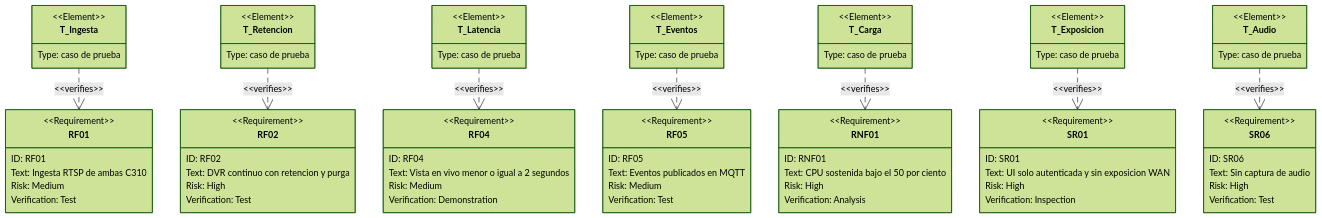
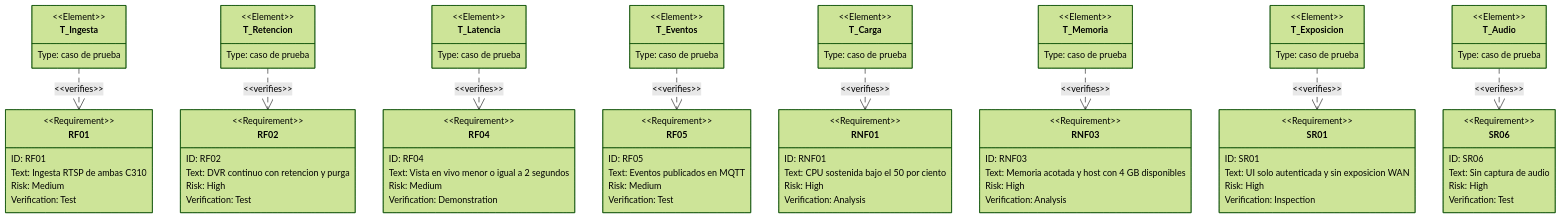
Before and after one commit to higerotech/fenrir: the second of 2 diagrams in docs/04-testing/test-plan.md, drawn with Mermaid (forest theme). The commit also changed other lines of this file and 8 other files, not shown here.

````diff
--- a/docs/04-testing/test-plan.md
+++ b/docs/04-testing/test-plan.md
@@ -90,6 +90,12 @@
       risk: high
       verifymethod: analysis
     }
+    requirement RNF03 {
+      id: RNF03
+      text: Memoria acotada y host con 4 GB disponibles
+      risk: high
+      verifymethod: analysis
+    }
     requirement SR01 {
       id: SR01
       text: UI solo autenticada y sin exposicion WAN
@@ -117,6 +123,9 @@
     element T_Carga {
       type: "caso de prueba"
     }
+    element T_Memoria {
+      type: "caso de prueba"
+    }
     element T_Exposicion {
       type: "caso de prueba"
     }
@@ -128,6 +137,7 @@
     T_Latencia - verifies -> RF04
     T_Eventos - verifies -> RF05
     T_Carga - verifies -> RNF01
+    T_Memoria - verifies -> RNF03
     T_Exposicion - verifies -> SR01
     T_Audio - verifies -> SR06
 ```
````
